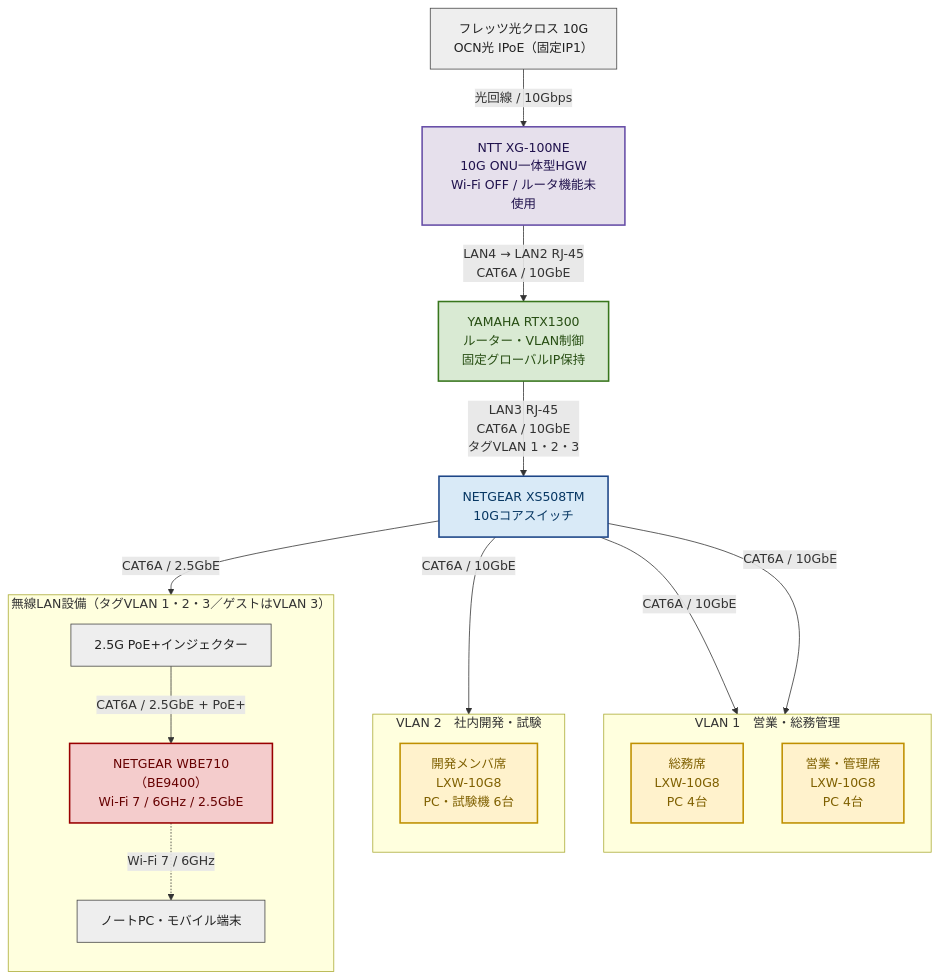
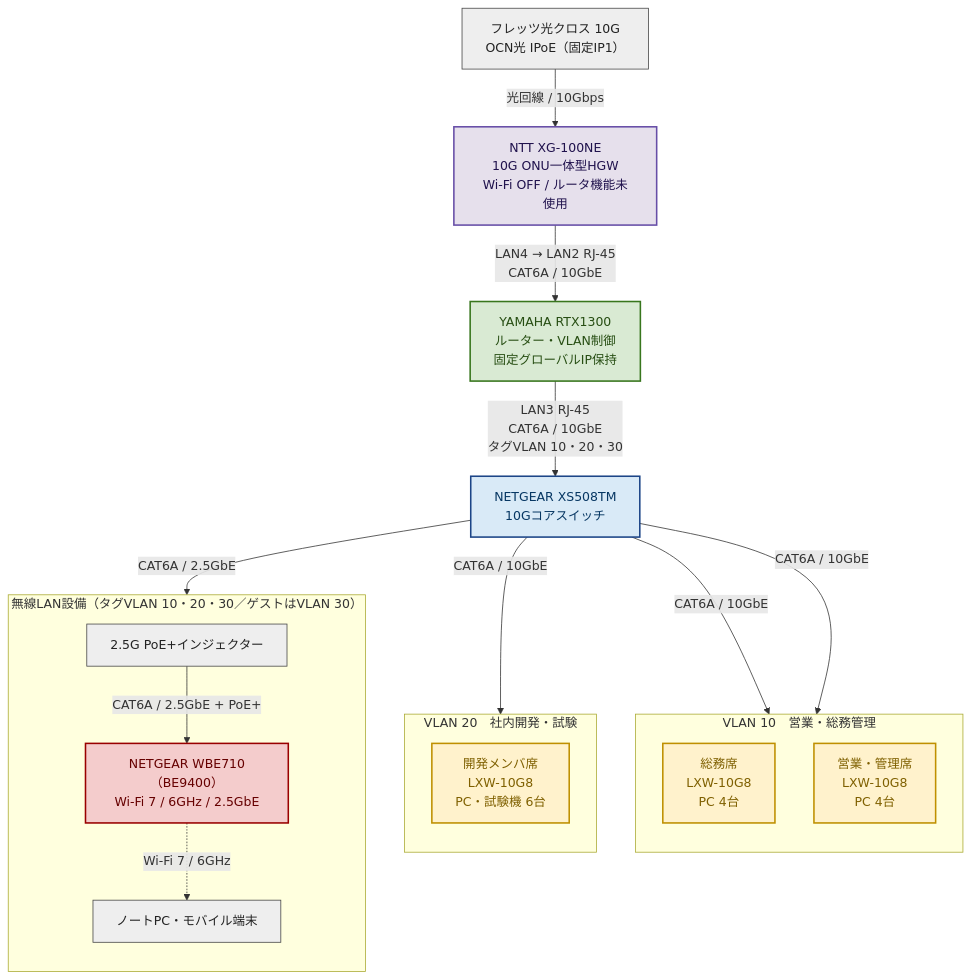
One commit to yohira-repo/Obsidian-Vault changed the diagram in 02_Note/社内ネットワーク更改/ネットワーク構築提案書.md. Above: the diagram before and after it, drawn with Mermaid. The commit also changed other lines of this file and 22 other files, not shown here.

````diff
--- a/02_Note/社内ネットワーク更改/ネットワーク構築提案書.md
+++ b/02_Note/社内ネットワーク更改/ネットワーク構築提案書.md
@@ -15,43 +15,43 @@
 ```mermaid
 flowchart TB
     classDef router fill:#d9ead3,stroke:#38761d,stroke-width:2px,color:#274e13;
     classDef core fill:#d9eaf7,stroke:#1c4587,stroke-width:2px,color:#073763;
     classDef sw fill:#fff2cc,stroke:#bf9000,stroke-width:2px,color:#7f6000;
     classDef ap fill:#f4cccc,stroke:#990000,stroke-width:2px,color:#660000;
     classDef device fill:#eeeeee,stroke:#444444,stroke-width:1px,color:#222222;
     classDef hgw fill:#e6e0ec,stroke:#674ea7,stroke-width:2px,color:#20124d;
 
     WAN["フレッツ光クロス 10G<br/>OCN光 IPoE（固定IP1）"]:::device
     HGW["NTT XG-100NE<br/>10G ONU一体型HGW<br/>Wi-Fi OFF / ルータ機能未使用"]:::hgw
     RTX["YAMAHA RTX1300<br/>ルーター・VLAN制御<br/>固定グローバルIP保持"]:::router
     CORE["NETGEAR XS508TM<br/>10Gコアスイッチ"]:::core
 
     WAN -- "光回線 / 10Gbps" --> HGW
     HGW -- "LAN4 → LAN2 RJ-45<br/>CAT6A / 10GbE" --> RTX
-    RTX -- "LAN3 RJ-45<br/>CAT6A / 10GbE<br/>タグVLAN 1・2・3" --> CORE
+    RTX -- "LAN3 RJ-45<br/>CAT6A / 10GbE<br/>タグVLAN 10・20・30" --> CORE
 
-    subgraph V1["VLAN 1　営業・総務管理"]
+    subgraph V1["VLAN 10　営業・総務管理"]
         direction TB
         SW_GA["総務席<br/>LXW-10G8<br/>PC 4台"]:::sw
         SW_SALES["営業・管理席<br/>LXW-10G8<br/>PC 4台"]:::sw
     end
 
-    subgraph V2["VLAN 2　社内開発・試験"]
+    subgraph V2["VLAN 20　社内開発・試験"]
         direction TB
         SW_DEV["開発メンバ席<br/>LXW-10G8<br/>PC・試験機 6台"]:::sw
     end
 
-    subgraph V3["無線LAN設備（タグVLAN 1・2・3／ゲストはVLAN 3）"]
+    subgraph V3["無線LAN設備（タグVLAN 10・20・30／ゲストはVLAN 30）"]
         direction TB
         POE["2.5G PoE+インジェクター"]:::device
         AP["NETGEAR WBE710（BE9400）<br/>Wi-Fi 7 / 6GHz / 2.5GbE"]:::ap
         WIFI["ノートPC・モバイル端末"]:::device
         POE -- "CAT6A / 2.5GbE + PoE+" --> AP
         AP -. "Wi-Fi 7 / 6GHz" .-> WIFI
     end
 
     CORE -- "CAT6A / 10GbE" --> SW_GA
     CORE -- "CAT6A / 10GbE" --> SW_SALES
     CORE -- "CAT6A / 10GbE" --> SW_DEV
     CORE -- "CAT6A / 2.5GbE" --> POE
 ```
````
